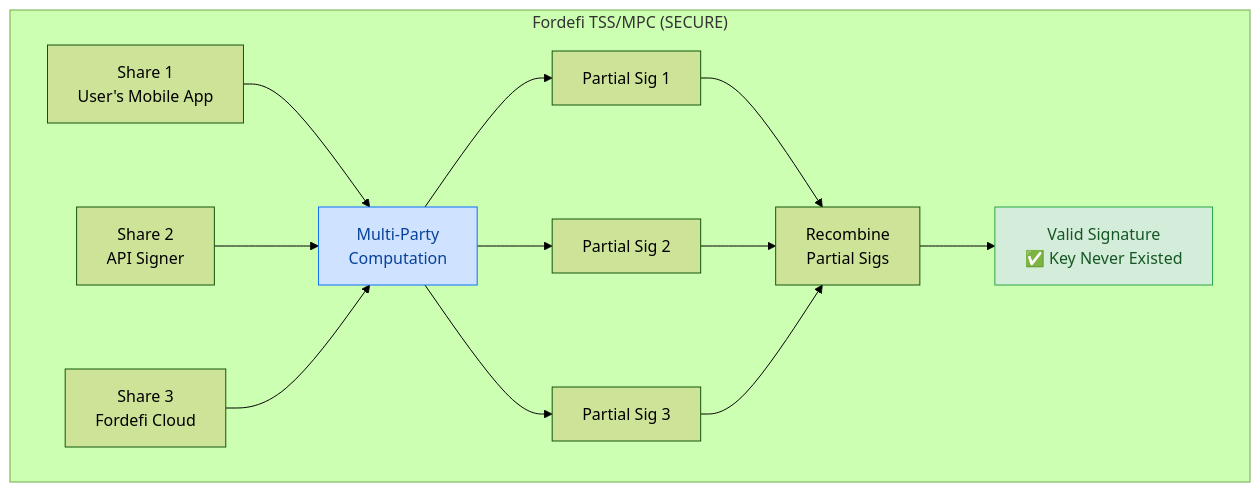
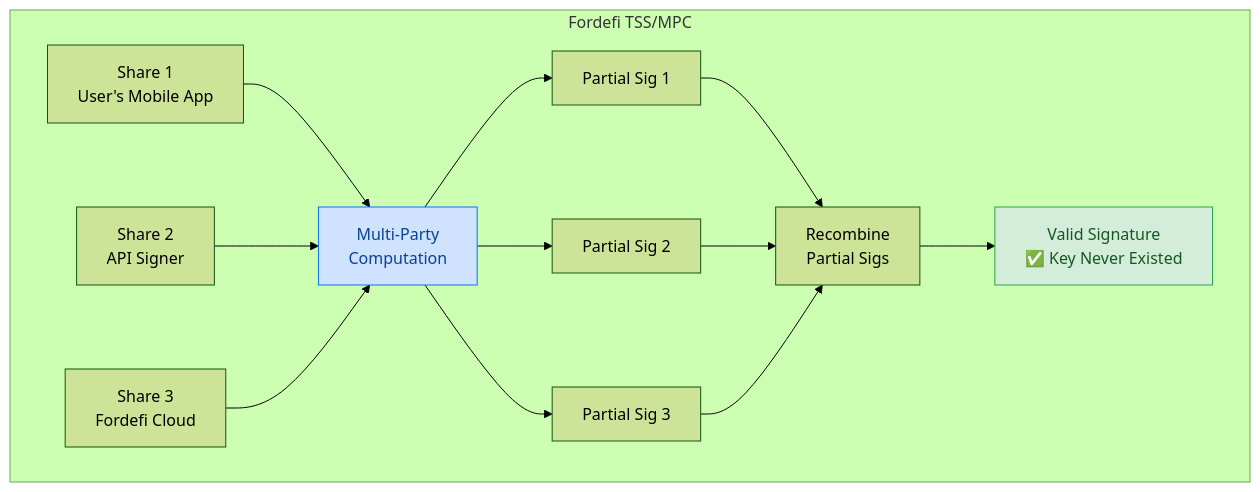
One commit to seedfourtytwo/fordefi changed the second of 2 diagrams in README.md. Above: the diagram before and after it, drawn with Mermaid (forest theme).

Commit message:
Minor README update

````diff
--- a/README.md
+++ b/README.md
@@ -140,18 +140,18 @@
 ```mermaid
 graph TB
-    subgraph "Fordefi TSS/MPC (SECURE)"
+    subgraph "Fordefi TSS/MPC"
         B1[Share 1<br/>User's Mobile App] --> MPC[Multi-Party<br/>Computation]
         B2[Share 2<br/>API Signer] --> MPC
         B3[Share 3<br/>Fordefi Cloud] --> MPC
         MPC --> Partial1[Partial Sig 1]
         MPC --> Partial2[Partial Sig 2]
         MPC --> Partial3[Partial Sig 3]
         Partial1 --> Combine2[Recombine<br/>Partial Sigs]
         Partial2 --> Combine2
         Partial3 --> Combine2
         Combine2 --> Sig2[Valid Signature<br/>✅ Key Never Existed]
     end
     
     style Sig2 fill:#d4edda,stroke:#28a745,color:#155724
     style MPC fill:#cfe2ff,stroke:#0d6efd,color:#084298
 ```
````
